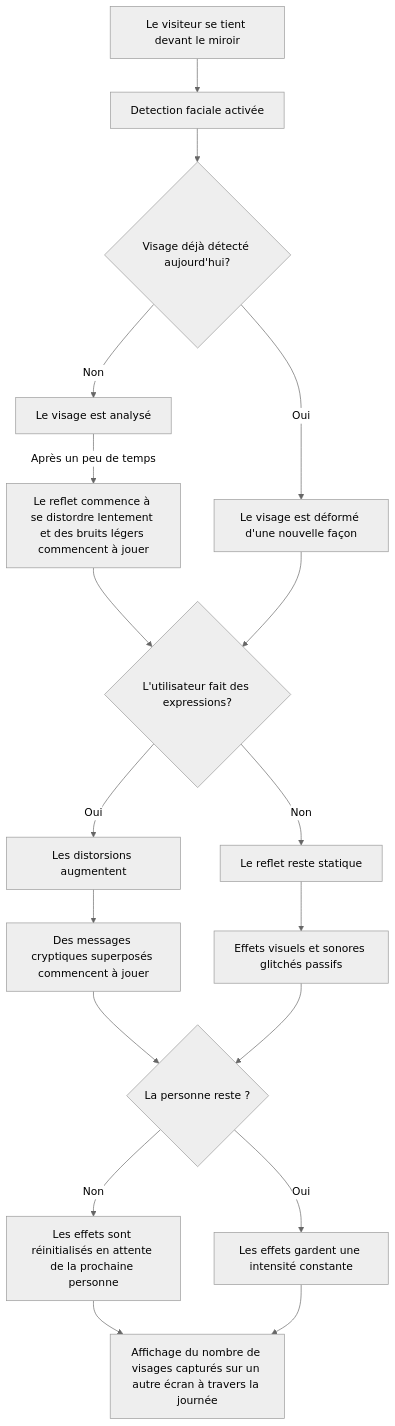
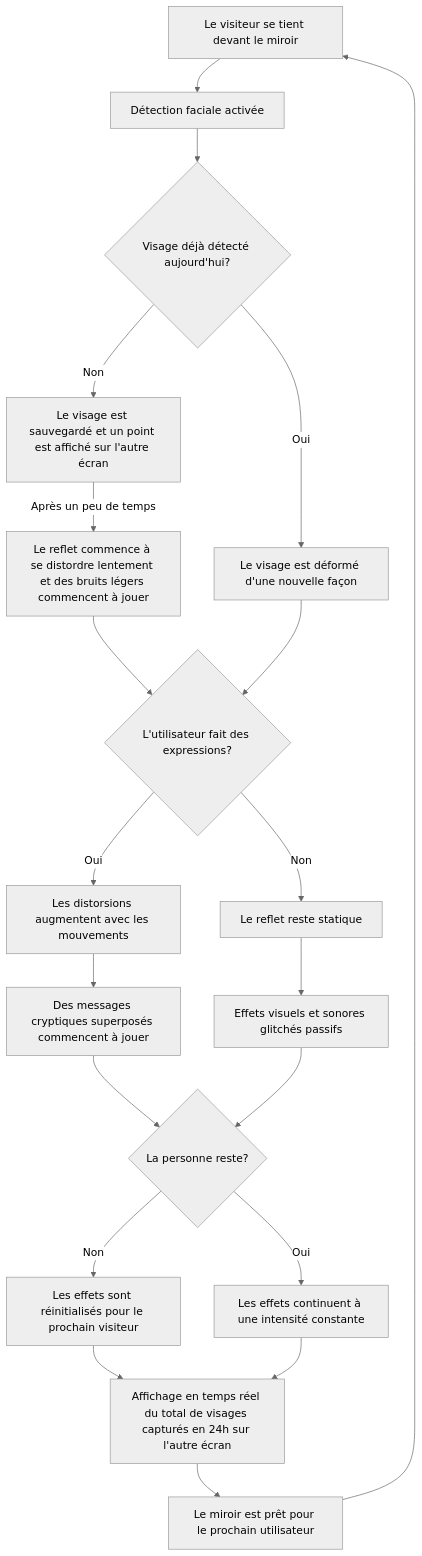
Before and after one commit to IhabMJR/Presentation_ES2: the diagram in README.md, drawn with Mermaid (neutral theme). The commit also changed other lines of this file, not shown here.

````diff
--- a/README.md
+++ b/README.md
@@ -10,24 +10,25 @@
 ```mermaid
 graph TD;
-A[Le visiteur se tient devant le miroir] --> B[Detection faciale activée]
+A[Le visiteur se tient devant le miroir] --> B[Détection faciale activée]
     B --> C{Visage déjà détecté aujourd'hui?}
-    C -- Non --> D[Le visage est analysé]
+    C -- Non --> D[Le visage est sauvegardé et un point est affiché sur l'autre écran]
     D -- Après un peu de temps --> E[Le reflet commence à se distordre lentement et des bruits légers commencent à jouer]
     C -- Oui --> F[Le visage est déformé d'une nouvelle façon]
     
     E --> G{L'utilisateur fait des expressions?}
     F --> G
-    G -- Oui --> H[Les distorsions augmentent]
+    G -- Oui --> H[Les distorsions augmentent avec les mouvements]
     G -- Non --> I[Le reflet reste statique]
 
     H --> J[Des messages cryptiques superposés commencent à jouer]
     I --> K[Effets visuels et sonores glitchés passifs]
     
-    J & K --> L{La personne reste ?}
-    L -- Oui --> M[Les effets gardent une intensité constante]
-    L -- Non --> N[Les effets sont réinitialisés en attente de la prochaine personne]
+    J & K --> L{La personne reste?}
+    L -- Oui --> M[Les effets continuent à une intensité constante]
+    L -- Non --> N[Les effets sont réinitialisés pour le prochain visiteur]
 
-    N --> O[Affichage du nombre de visages capturés sur un autre écran à travers la journée]
-    M --> O
+    N & M --> O[Affichage en temps réel du total de visages capturés en 24h sur l'autre écran]
+    O --> P[Le miroir est prêt pour le prochain utilisateur]
 
+    P --> A
 ```
````
